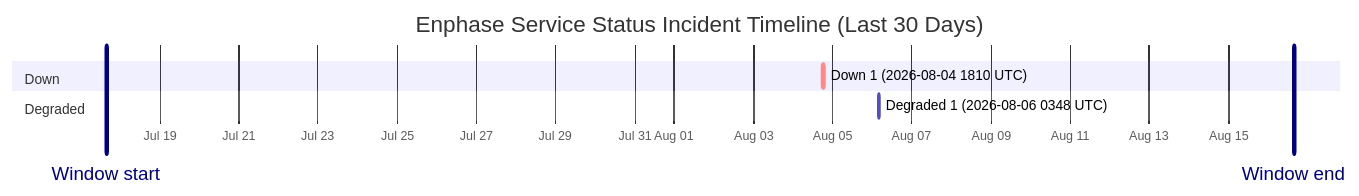
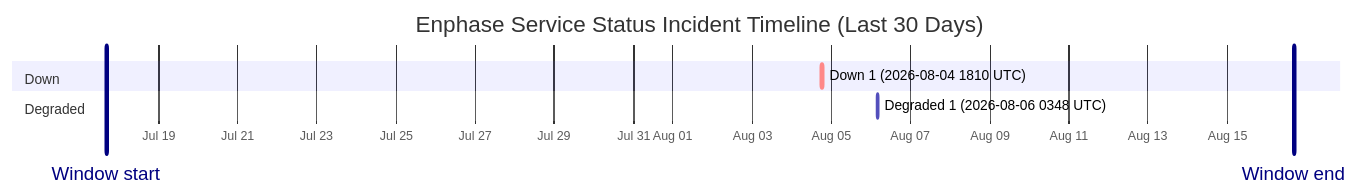
The diagram in wiki/Service-Status-History.md (barneyonline/ha-enphase-energy), drawn with Mermaid before and after one commit. The commit also changed other lines of this file and 3 other files, not shown here.

````diff
--- a/wiki/Service-Status-History.md
+++ b/wiki/Service-Status-History.md
@@ -14,12 +14,12 @@
 ```mermaid
 gantt
     title Enphase Service Status Incident Timeline (Last 30 Days)
     dateFormat  YYYY-MM-DDTHH:mm:ss
     axisFormat  %b %d
-    Window start :vert, window-start, 2026-07-17T15:45:47, 0ms
-    Window end :vert, window-end, 2026-08-16T15:45:47, 0ms
+    Window start :vert, window-start, 2026-07-17T16:21:45, 0ms
+    Window end :vert, window-end, 2026-08-16T16:21:45, 0ms
     section Down
     Down 1 (2026-08-04 1810 UTC) :crit, down-1, 2026-08-04T18:10:46, 60m
     section Degraded
     Degraded 1 (2026-08-06 0348 UTC) :active, degraded-1, 2026-08-06T03:48:14, 60m
 ```
````
